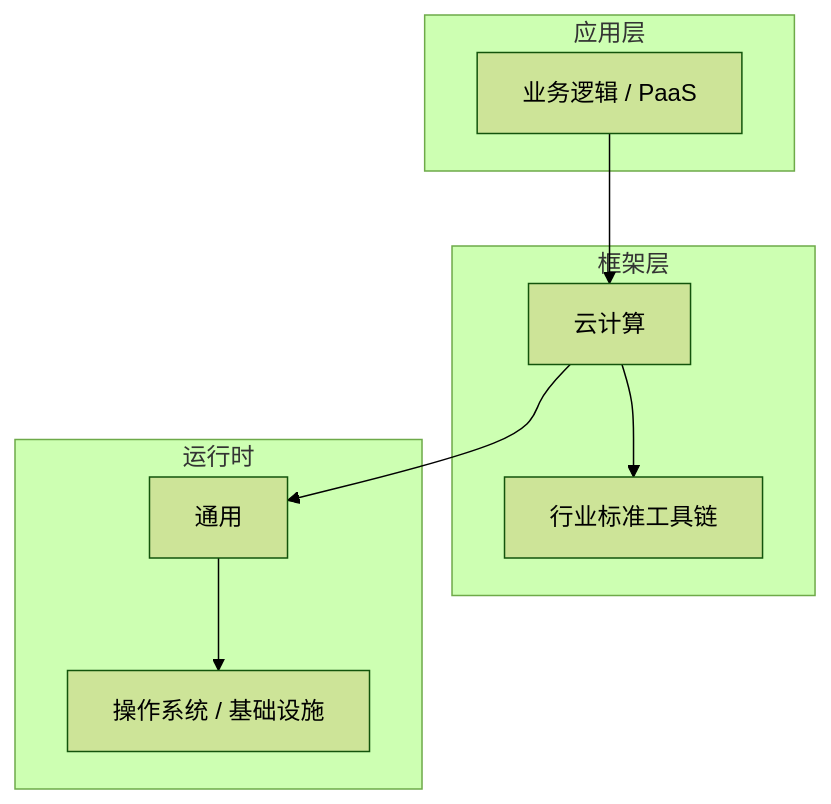
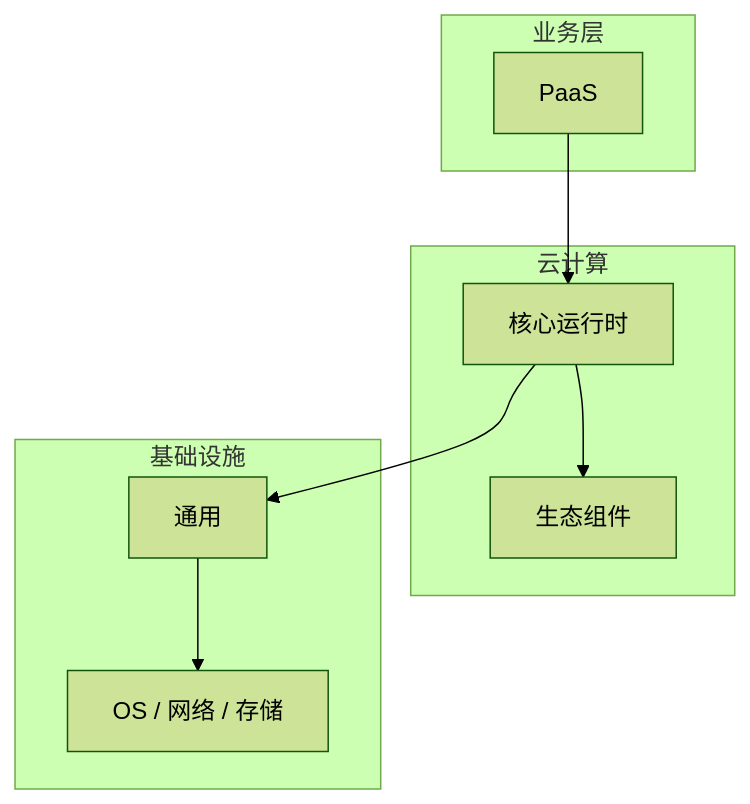
Before and after one commit to yanggan2015/knowledge-json-v2: the diagram in articles/云计算/chapters/011-PaaS核心概念与原理.md, drawn with Mermaid (forest theme). The commit also changed other lines of this file and 10127 other files, not shown here.

````diff
--- a/articles/云计算/chapters/011-PaaS核心概念与原理.md
+++ b/articles/云计算/chapters/011-PaaS核心概念与原理.md
@@ -45,18 +34,18 @@
 ```mermaid
 graph TB
-    subgraph 应用层
-        A[业务逻辑 / PaaS]
+    subgraph 业务层
+        A[PaaS]
     end
-    subgraph 框架层
-        B[云计算]
-        C[行业标准工具链]
+    subgraph 云计算
+        B[核心运行时]
+        C[生态组件]
     end
-    subgraph 运行时
+    subgraph 基础设施
         D[通用]
-        E[操作系统 / 基础设施]
+        E[OS / 网络 / 存储]
     end
     A --> B
     B --> C
     B --> D
     D --> E
 ```
````
